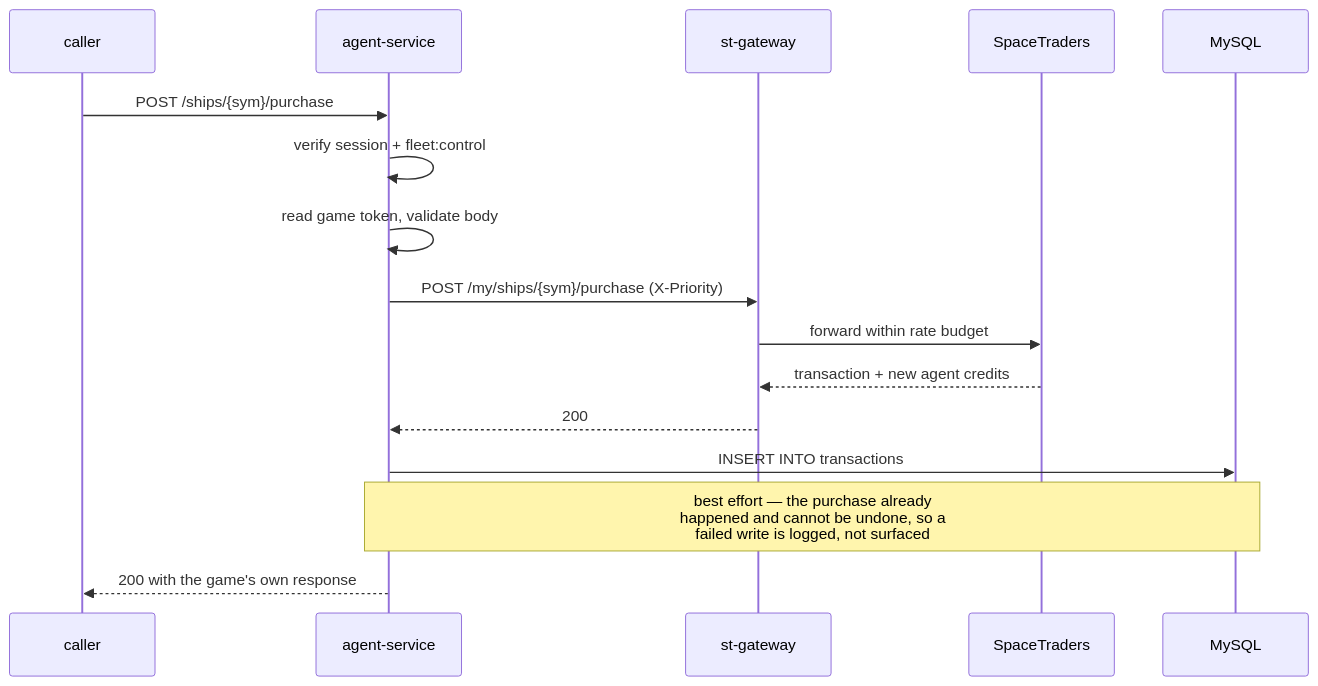
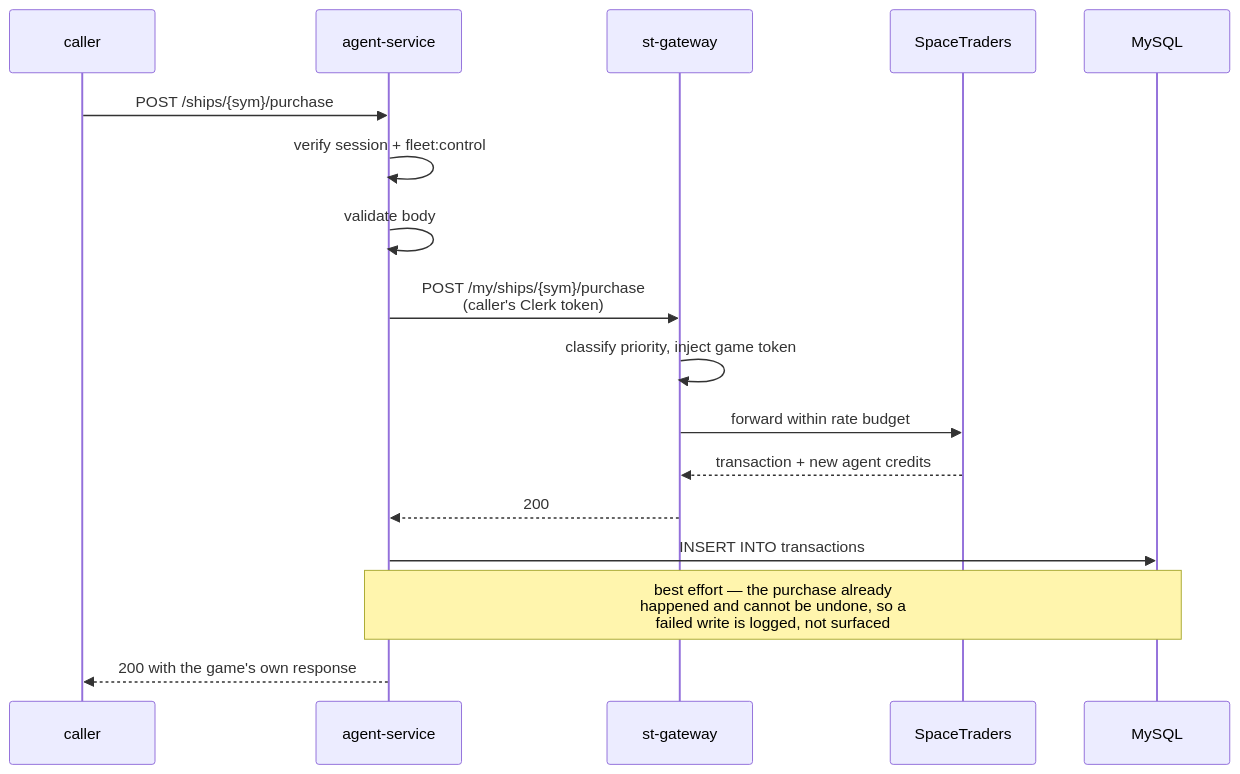
The third of 3 diagrams in README.md (V-M-Pioneer-Trading/agent-service), drawn with Mermaid before and after one commit. The commit also changed other lines of this file and 11 other files, not shown here.

First line of the commit message:
feat: forward the caller's Clerk token to st-gateway, drop the game token

````diff
--- a/README.md
+++ b/README.md
@@ -96,19 +93,20 @@
 ```mermaid
 sequenceDiagram
     participant C as caller
     participant A as agent-service
     participant G as st-gateway
     participant S as SpaceTraders
     participant D as MySQL
 
     C->>A: POST /ships/{sym}/purchase
     A->>A: verify session + fleet:control
-    A->>A: read game token, validate body
-    A->>G: POST /my/ships/{sym}/purchase (X-Priority)
+    A->>A: validate body
+    A->>G: POST /my/ships/{sym}/purchase<br/>(caller's Clerk token)
+    G->>G: classify priority, inject game token
     G->>S: forward within rate budget
     S-->>G: transaction + new agent credits
     G-->>A: 200
     A->>D: INSERT INTO transactions
     Note over A,D: best effort — the purchase already<br/>happened and cannot be undone, so a<br/>failed write is logged, not surfaced
     A-->>C: 200 with the game's own response
 ```
````
